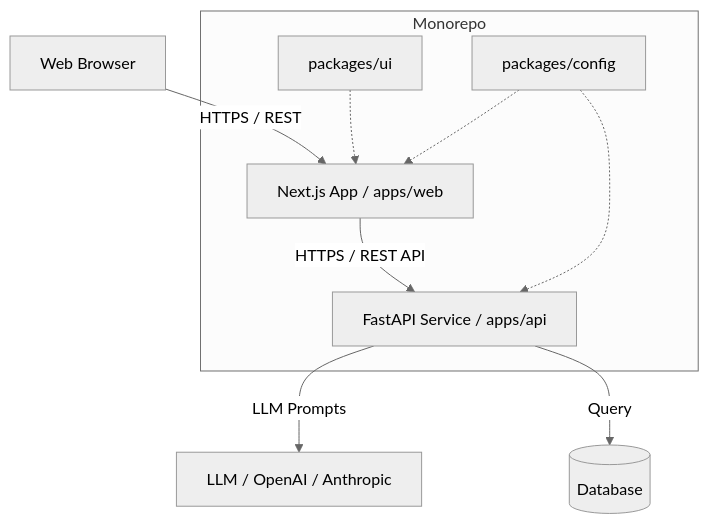
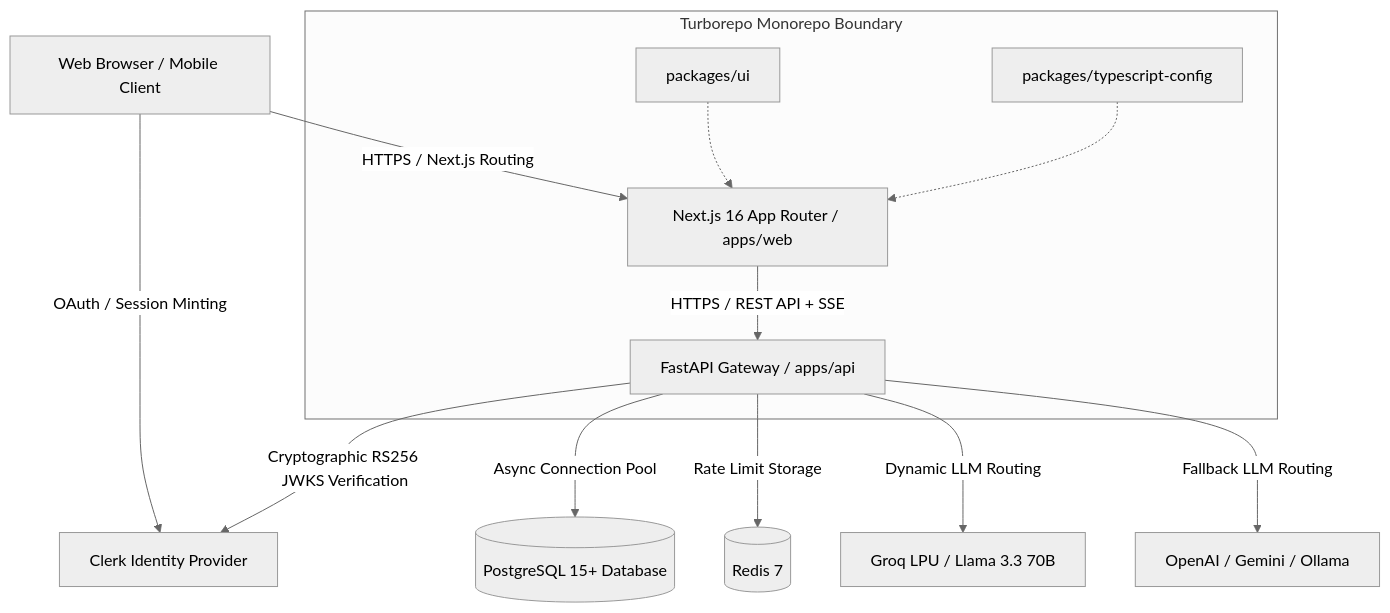
One commit to Sarvadnya07/IdeaGPT changed the first of 2 diagrams in docs/ARCHITECTURE.md. Above: the diagram before and after it, drawn with Mermaid (neutral theme). The commit also changed other lines of this file and 20 other files, not shown here.

First line of the commit message:
feat: Add comprehensive API endpoints documentation and architecture overview

````diff
--- a/docs/ARCHITECTURE.md
+++ b/docs/ARCHITECTURE.md
@@ -7,18 +9,21 @@
 ```mermaid
 graph TD
-    Client[Web Browser] -->|HTTPS / REST| WebApp[Next.js App / apps/web]
-    WebApp -->|HTTPS / REST API| BackendAPI[FastAPI Service / apps/api]
-    BackendAPI -->|LLM Prompts| AI_Engine[LLM / OpenAI / Anthropic]
-    BackendAPI -->|Query| Database[(Database)]
+    Client[Web Browser / Mobile Client] -->|HTTPS / Next.js Routing| WebApp[Next.js 16 App Router / apps/web]
+    Client -->|OAuth / Session Minting| ClerkAuth[Clerk Identity Provider]
+    WebApp -->|HTTPS / REST API + SSE| BackendAPI[FastAPI Gateway / apps/api]
+    BackendAPI -->|Cryptographic RS256 JWKS Verification| ClerkAuth
+    BackendAPI -->|Async Connection Pool| Database[(PostgreSQL 15+ Database)]
+    BackendAPI -->|Rate Limit Storage| RedisStore[(Redis 7)]
+    BackendAPI -->|Dynamic LLM Routing| GroqLPU[Groq LPU / Llama 3.3 70B]
+    BackendAPI -->|Fallback LLM Routing| OpenAIAPI[OpenAI / Gemini / Ollama]
     
-    subgraph Monorepo
+    subgraph Turborepo Monorepo Boundary
         WebApp
         BackendAPI
         SharedUI[packages/ui]
-        SharedConfig[packages/config]
+        SharedConfig[packages/typescript-config]
     end
     
     SharedUI -.-> WebApp
     SharedConfig -.-> WebApp
-    SharedConfig -.-> BackendAPI
 ```
````
